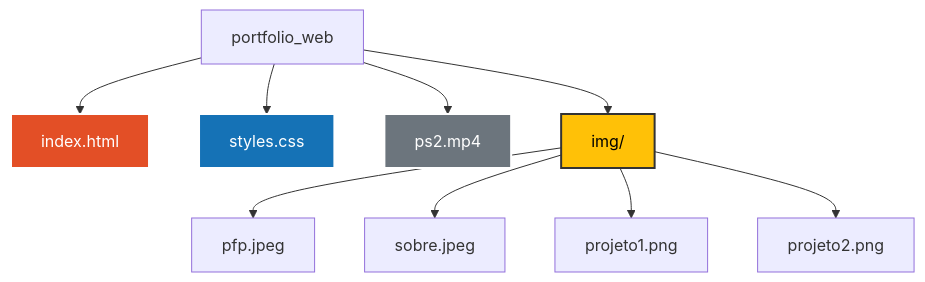
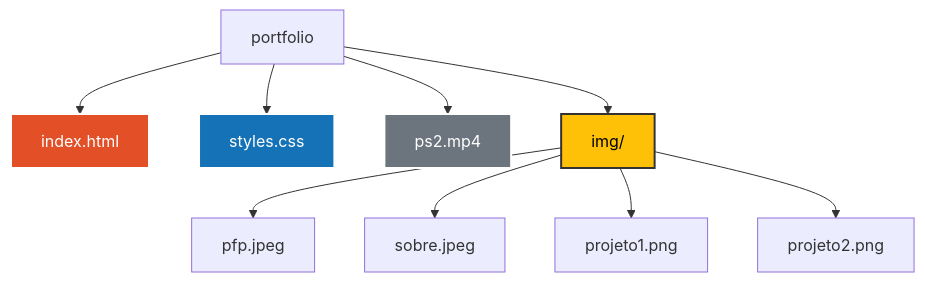
The diagram in README.md (AliceSilva2012/portfolio), drawn with Mermaid before and after one commit.

Commit message:
add markdown

````diff
--- a/README.md
+++ b/README.md
@@ -73,17 +73,17 @@
 ```mermaid
 graph TD
-    A[portfolio_web] --> B[index.html]
+    A[portfolio] --> B[index.html]
     A --> C[styles.css]
     A --> D[ps2.mp4]
     A --> E[img/]
     
     E --> F[pfp.jpeg]
     E --> G[sobre.jpeg]
     E --> H[projeto1.png]
     E --> I[projeto2.png]
 
     style B fill:#e34f26,stroke:#fff,stroke-width:2px,color:#fff
     style C fill:#1572b6,stroke:#fff,stroke-width:2px,color:#fff
     style D fill:#6c757d,stroke:#fff,stroke-width:2px,color:#fff
     style E fill:#ffc107,stroke:#333,stroke-width:2px,color:#000
 ```
````
